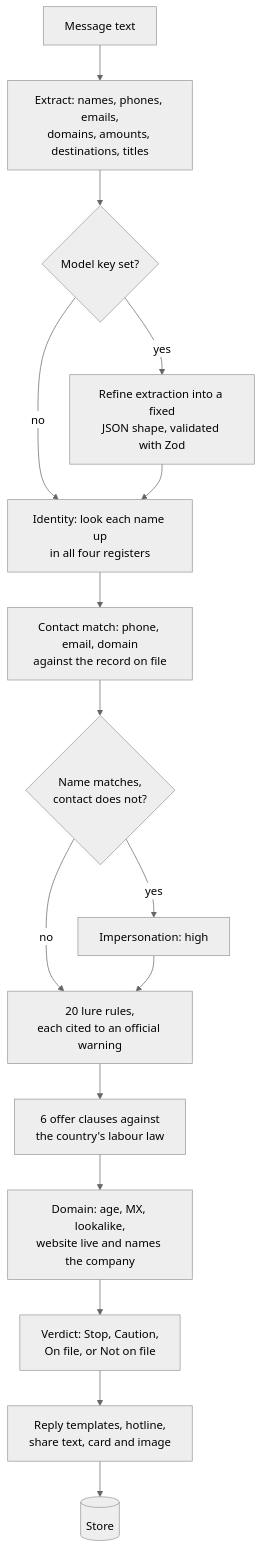
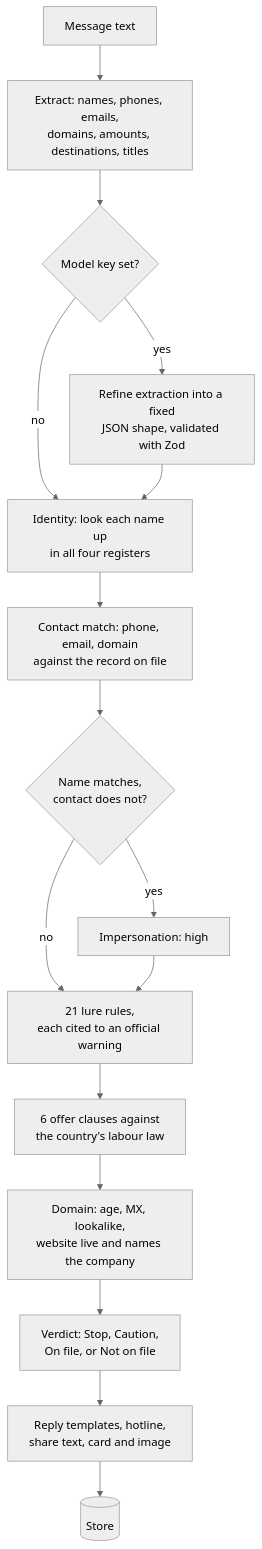
One commit to AustinChris1/daju changed the second of 2 diagrams in docs/architecture.md. Above: the diagram before and after it, drawn with Mermaid (neutral theme). The commit also changed 3 other files, not shown here.

````diff
--- a/docs/architecture.md
+++ b/docs/architecture.md
@@ -46,18 +46,18 @@
 ```mermaid
 flowchart TD
   in[Message text] --> ex[Extract: names, phones, emails,<br/>domains, amounts, destinations, titles]
   ex --> llm{Model key set?}
   llm -- yes --> refine[Refine extraction into a fixed<br/>JSON shape, validated with Zod]
   llm -- no --> id
   refine --> id[Identity: look each name up<br/>in all four registers]
   id --> cm[Contact match: phone, email, domain<br/>against the record on file]
   cm --> imp{Name matches,<br/>contact does not?}
   imp -- yes --> stop1[Impersonation: high]
   imp -- no --> lure
-  stop1 --> lure[20 lure rules,<br/>each cited to an official warning]
+  stop1 --> lure[21 lure rules,<br/>each cited to an official warning]
   lure --> cl[6 offer clauses against<br/>the country's labour law]
   cl --> dom[Domain: age, MX, lookalike,<br/>website live and names the company]
   dom --> v[Verdict: Stop, Caution,<br/>On file, or Not on file]
   v --> out[Reply templates, hotline,<br/>share text, card and image]
   out --> save[(Store)]
 ```
````
